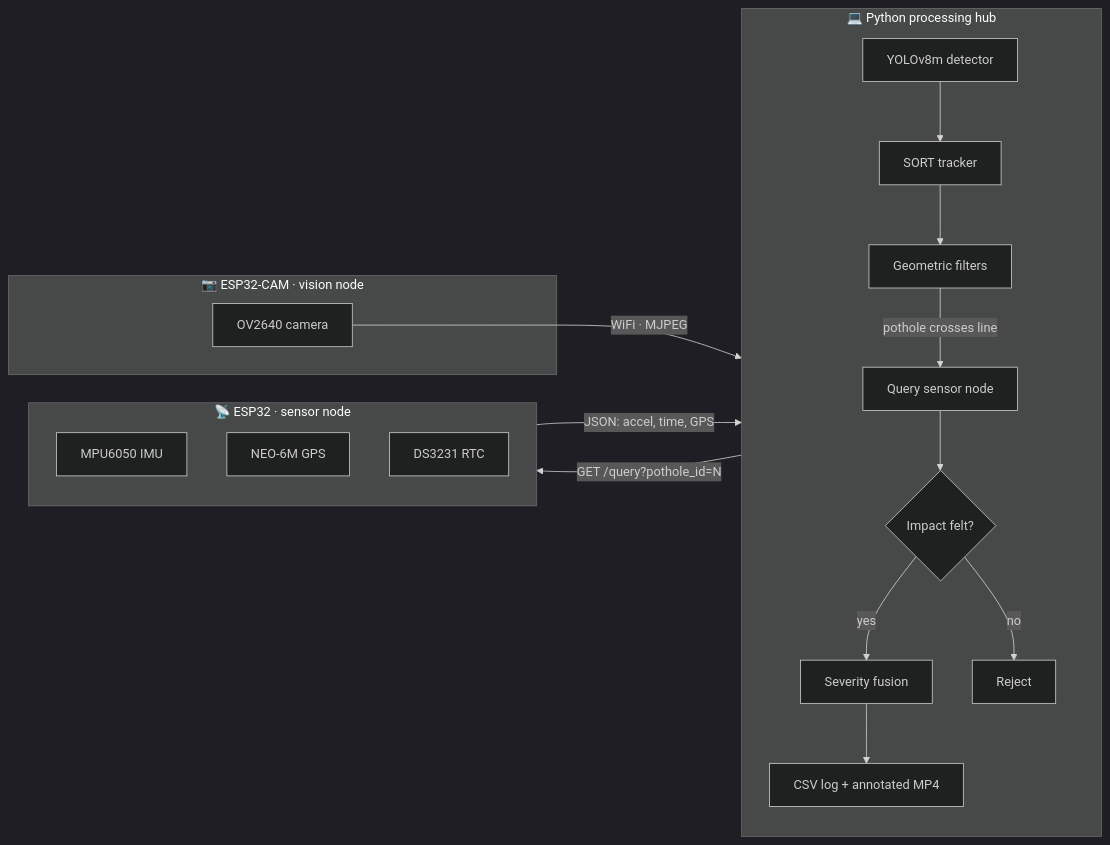
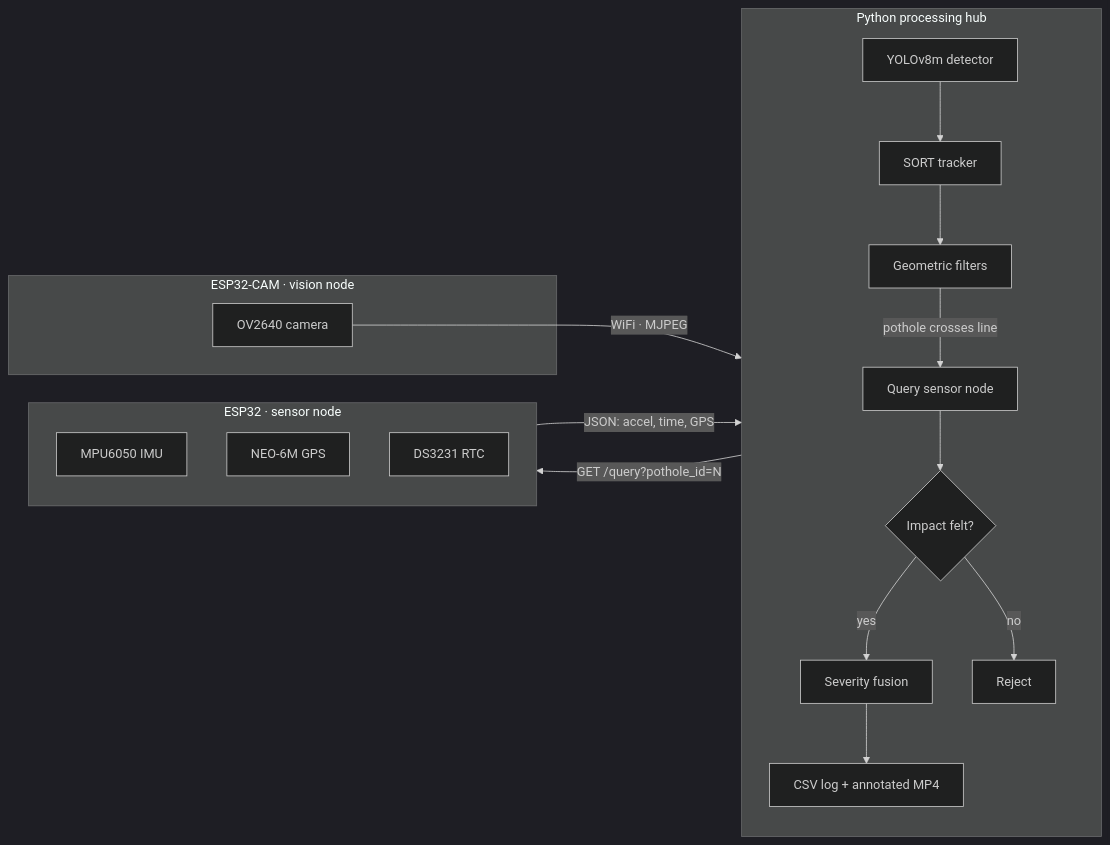
One commit to SanTiwari07/PotHoleDetection changed the diagram in README.md. Above: the diagram before and after it, drawn with Mermaid (dark theme). The commit also changed other lines of this file and 1 other file, not shown here.

````diff
--- a/README.md
+++ b/README.md
@@ -137,27 +137,27 @@
 ```mermaid
 flowchart LR
-    subgraph CAM["📷 ESP32-CAM · vision node"]
+    subgraph CAM["ESP32-CAM · vision node"]
         OV["OV2640 camera"]
     end
 
-    subgraph HUB["💻 Python processing hub"]
+    subgraph HUB["Python processing hub"]
         direction TB
         Y["YOLOv8m detector"] --> S["SORT tracker"]
         S --> F["Geometric filters"]
         F -->|"pothole crosses line"| Q["Query sensor node"]
         Q --> G{"Impact felt?"}
         G -->|"yes"| SEV["Severity fusion"]
         G -->|"no"| X["Reject"]
         SEV --> OUT["CSV log + annotated MP4"]
     end
 
-    subgraph SENSE["📡 ESP32 · sensor node"]
+    subgraph SENSE["ESP32 · sensor node"]
         IMU["MPU6050 IMU"]
         GPS["NEO-6M GPS"]
         RTC["DS3231 RTC"]
     end
 
     OV -->|"WiFi · MJPEG"| Y
     Q -->|"GET /query?pothole_id=N"| SENSE
     SENSE -->|"JSON: accel, time, GPS"| G
 ```
````
